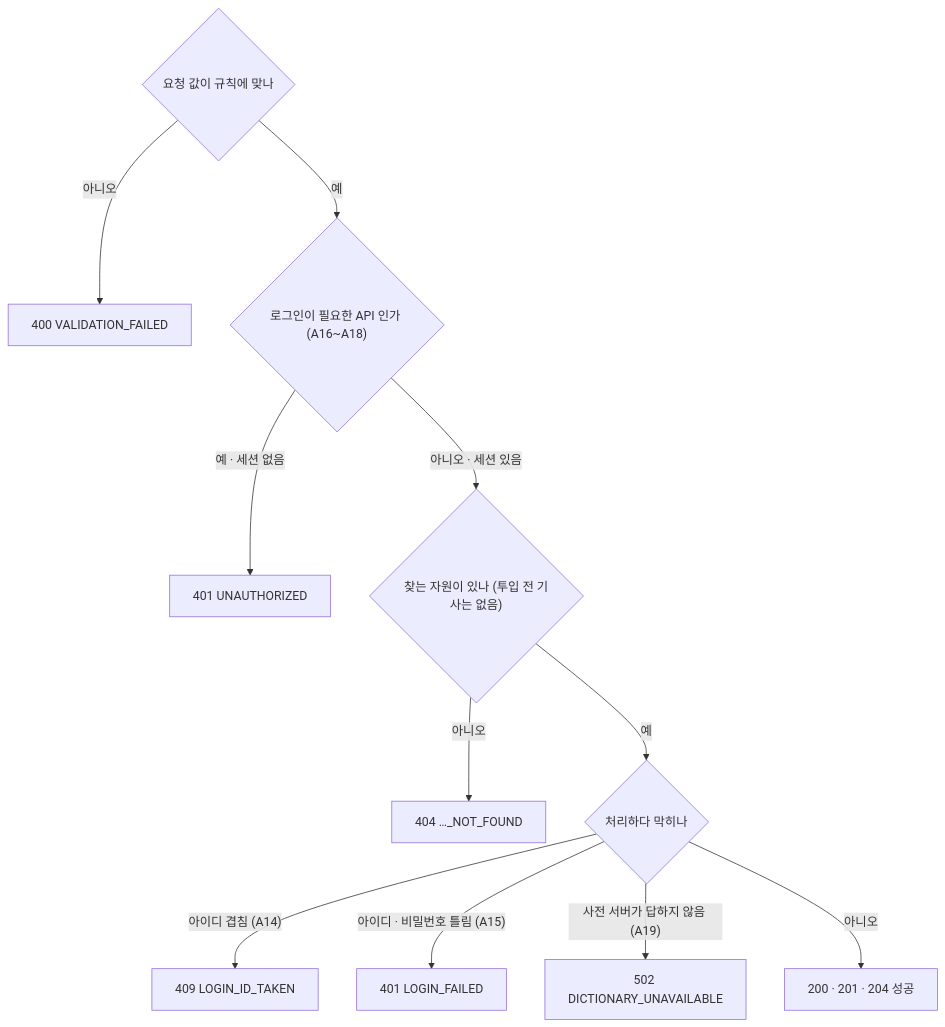
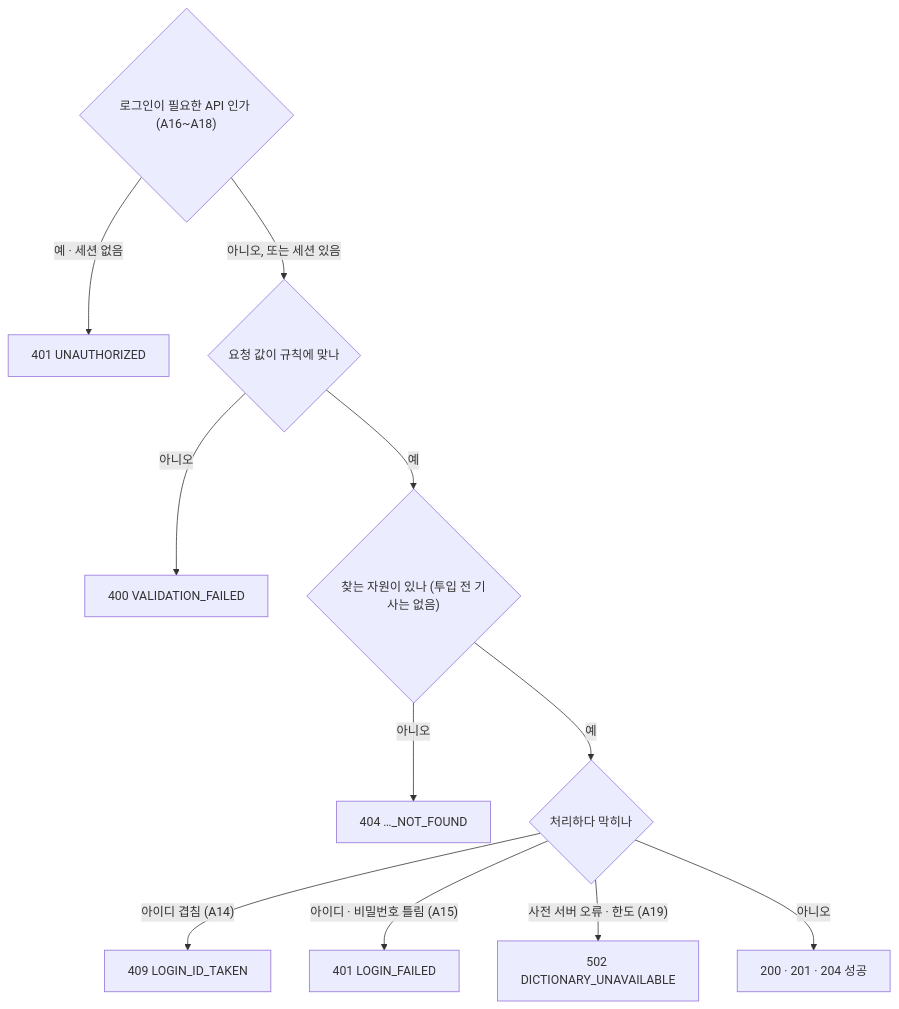
One commit to a102-NEWLEARN/NEW-LEARN changed the second of 5 diagrams in docs/api.md. Above: the diagram before and after it, drawn with Mermaid. The commit also changed other lines of this file and 6 other files, not shown here.

````diff
--- a/docs/api.md
+++ b/docs/api.md
@@ -93,13 +93,13 @@
 ```mermaid
 flowchart TD
-  V{"요청 값이 규칙에 맞나"} -- "아니오" --> E400["400 VALIDATION_FAILED"]
-  V -- "예" --> A{"로그인이 필요한 API 인가 (A16~A18)"}
-  A -- "예 · 세션 없음" --> E401["401 UNAUTHORIZED"]
-  A -- "아니오 · 세션 있음" --> F{"찾는 자원이 있나 (투입 전 기사는 없음)"}
+  A{"로그인이 필요한 API 인가 (A16~A18)"} -- "예 · 세션 없음" --> E401["401 UNAUTHORIZED"]
+  A -- "아니오, 또는 세션 있음" --> V{"요청 값이 규칙에 맞나"}
+  V -- "아니오" --> E400["400 VALIDATION_FAILED"]
+  V -- "예" --> F{"찾는 자원이 있나 (투입 전 기사는 없음)"}
   F -- "아니오" --> E404["404 …_NOT_FOUND"]
   F -- "예" --> P{"처리하다 막히나"}
   P -- "아이디 겹침 (A14)" --> E409["409 LOGIN_ID_TAKEN"]
   P -- "아이디 · 비밀번호 틀림 (A15)" --> E401b["401 LOGIN_FAILED"]
-  P -- "사전 서버가 답하지 않음 (A19)" --> E502["502 DICTIONARY_UNAVAILABLE"]
+  P -- "사전 서버 오류 · 한도 (A19)" --> E502["502 DICTIONARY_UNAVAILABLE"]
   P -- "아니오" --> OK["200 · 201 · 204 성공"]
 ```
````
